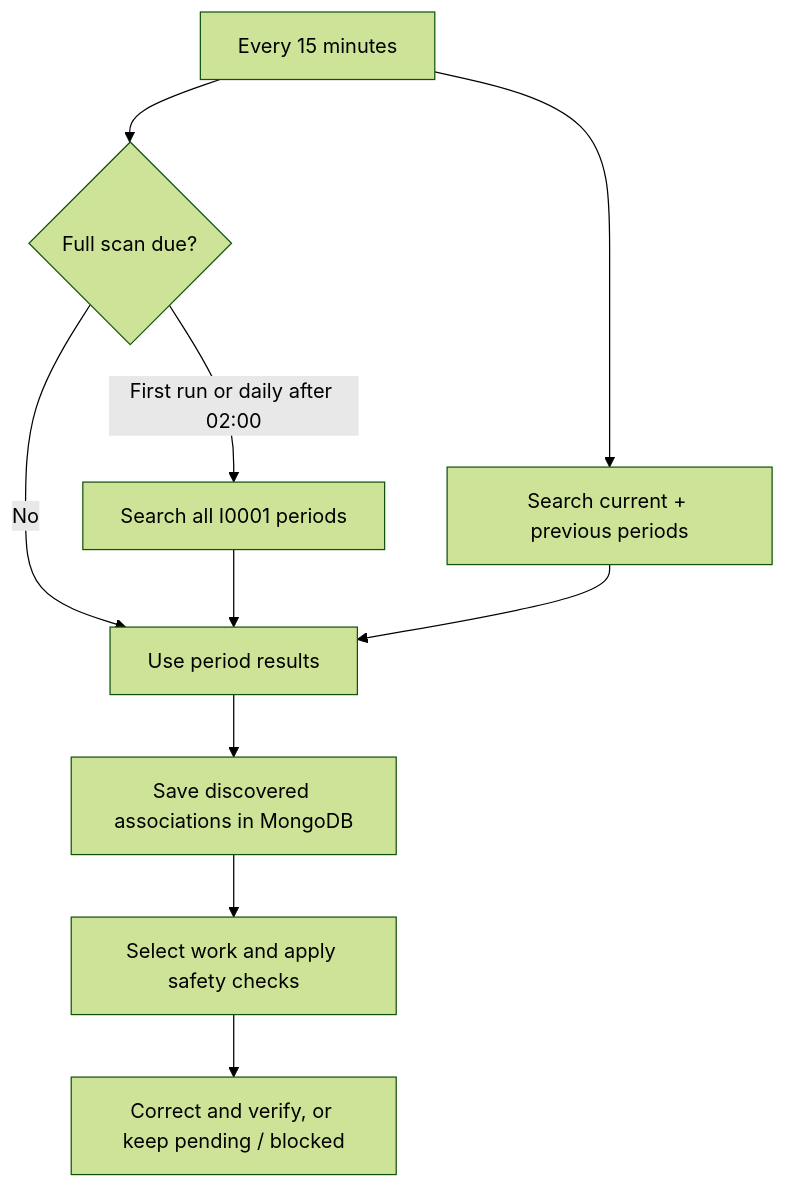
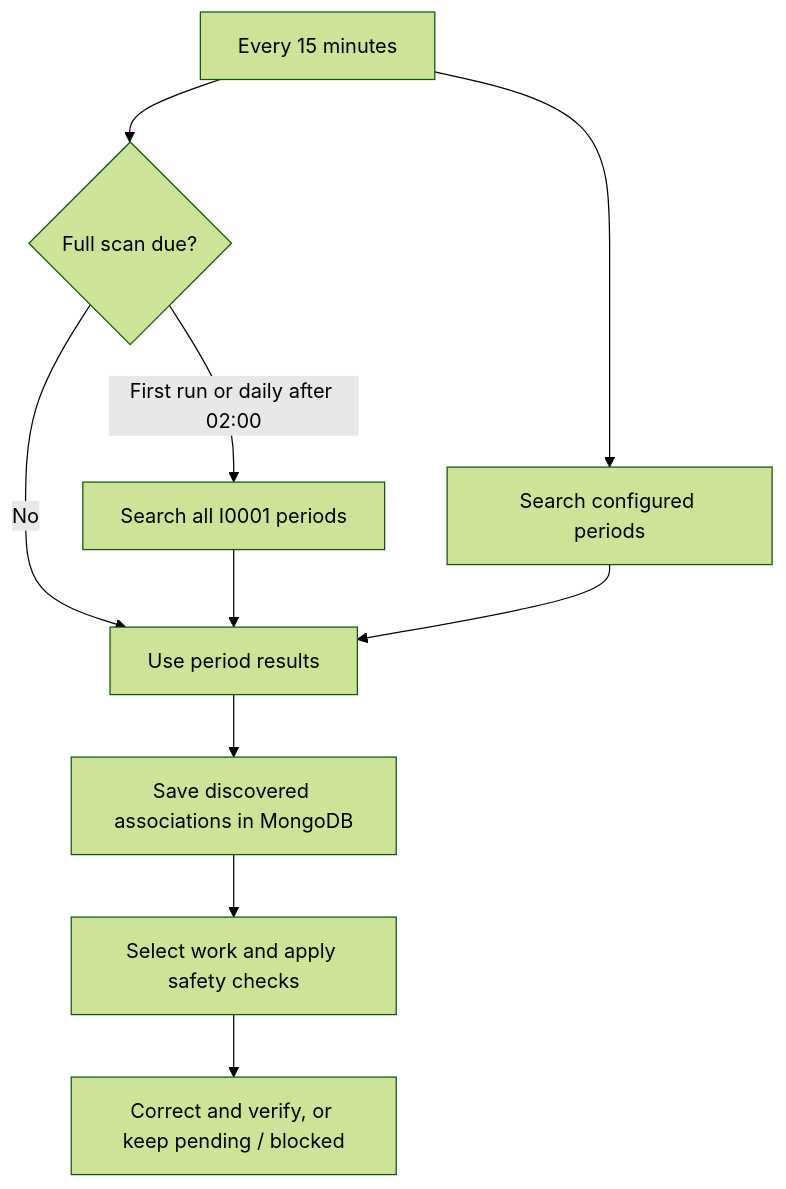
One commit to lmssandbox-dev/section-association-fix changed the second of 2 diagrams in BEGINNERS_GUIDE.md. Above: the diagram before and after it, drawn with Mermaid (forest theme). The commit also changed other lines of this file and 6 other files, not shown here.

````diff
--- a/BEGINNERS_GUIDE.md
+++ b/BEGINNERS_GUIDE.md
@@ -38,12 +46,12 @@
 ```mermaid
 flowchart TD
-  A[Every 15 minutes] --> B[Search current + previous periods]
+  A[Every 15 minutes] --> B[Search configured periods]
   A --> C{Full scan due?}
   C -- First run or daily after 02:00 --> D[Search all I0001 periods]
   C -- No --> E[Use period results]
   D --> E
   B --> E
   E --> F[Save discovered associations in MongoDB]
   F --> G[Select work and apply safety checks]
   G --> H[Correct and verify, or keep pending / blocked]
 ```
````
